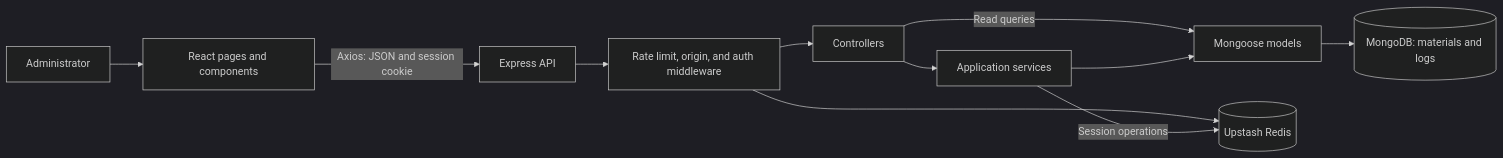
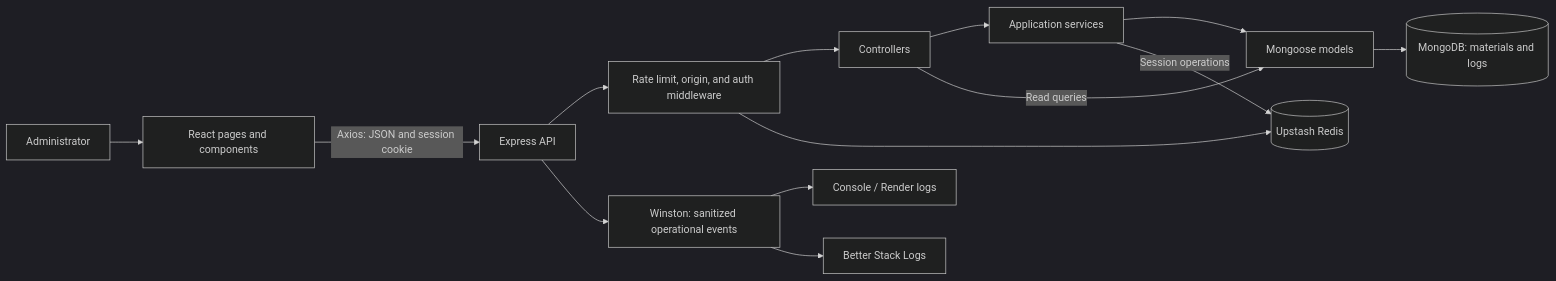
Before and after one commit to lancr-dev/phoebes-crafts-ims: the diagram in README.md, drawn with Mermaid (dark theme). The commit also changed other lines of this file and 18 other files, not shown here.

Commit message:
added logs and monitoring with winston and better stack

````diff
--- a/README.md
+++ b/README.md
@@ -111,13 +113,16 @@
 ```mermaid
 flowchart LR
     Admin["Administrator"] --> UI["React pages and components"]
     UI -->|"Axios: JSON and session cookie"| API["Express API"]
     API --> Guards["Rate limit, origin, and auth middleware"]
     Guards --> Controllers["Controllers"]
     Controllers --> Services["Application services"]
     Controllers -->|"Read queries"| Models["Mongoose models"]
     Services --> Models
     Models --> Mongo[("MongoDB: materials and logs")]
     Guards --> Redis[("Upstash Redis")]
     Services -->|"Session operations"| Redis
+    API --> Logger["Winston: sanitized operational events"]
+    Logger --> Console["Console / Render logs"]
+    Logger --> BetterStack["Better Stack Logs"]
 ```
````
